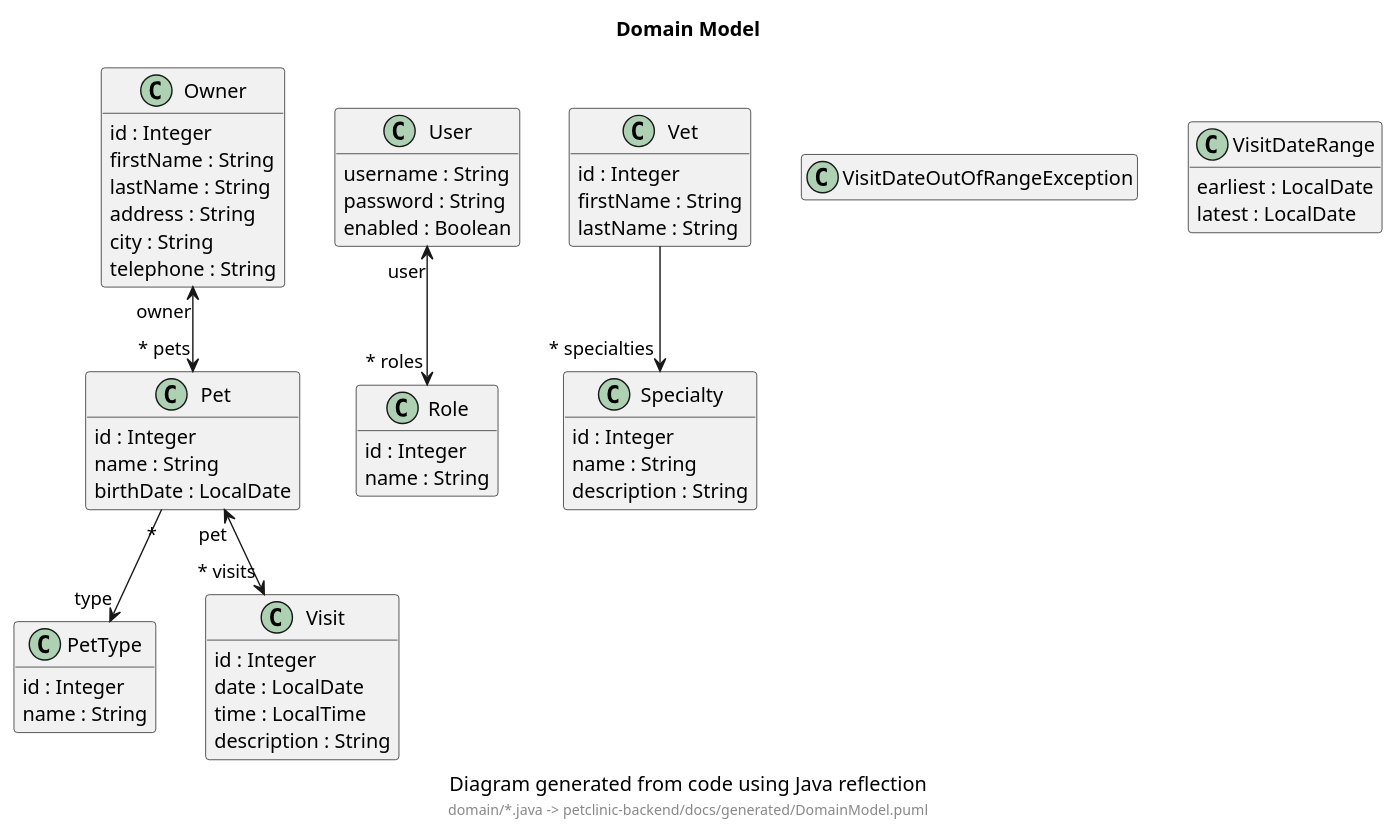
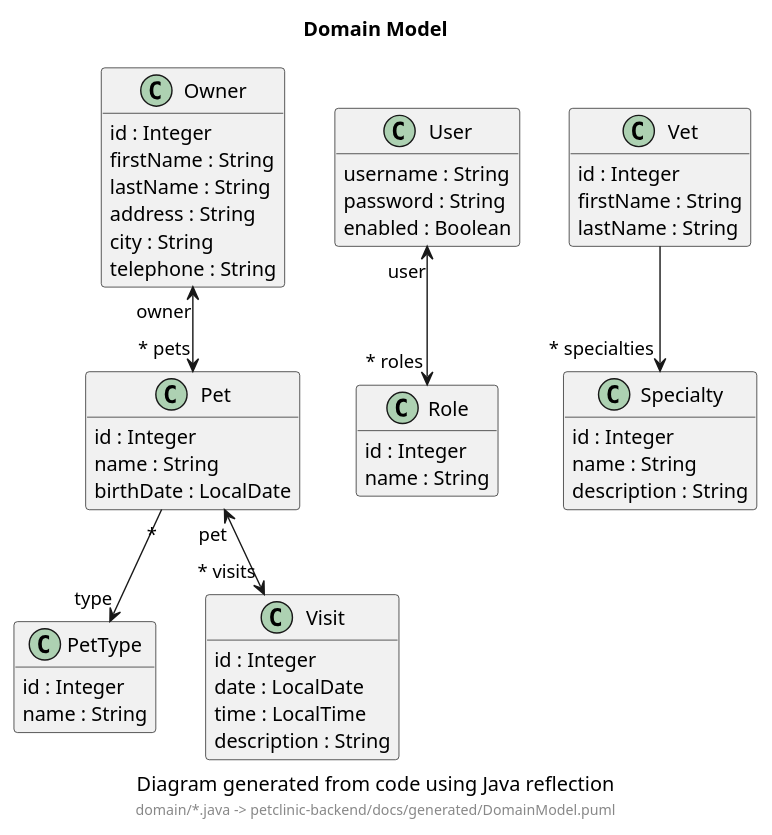
The diagram in petclinic-backend/docs/generated/DomainModel.puml (victorrentea/petclinic), drawn with PlantUML before and after one commit. The commit also changed 2 other files, not shown here.

Commit message:
fix(ci): the domain map draws entities, and paging asserts order not locale
Two reds on 9abfbdd, both environment assumptions rather than code bugs:

ConceptualModelDiagramTest demanded a hand-placed box for every class in
the domain package, so VisitDateRange and VisitDateOutOfRangeException
(a value and an exception — no identity, no table, no association)
failed it. @Entity is now the membership test; the generated
DomainModel.puml loses those two boxes for the same reason.

OwnerPagingTest pinned the server collation by asserting where Śliwiński
lands — en_US.UTF-8 locally, C.UTF-8 on the runner. It now asserts what
the code owns: a paged walk yields the same sequence as one unpaged
query.

```diff
--- a/petclinic-backend/docs/generated/DomainModel.puml
+++ b/petclinic-backend/docs/generated/DomainModel.puml
@@ -1,66 +1,61 @@
 @startuml
 
 title Domain Model
 caption Diagram generated from code using Java reflection
 footer domain/*.java -> petclinic-backend/docs/generated/DomainModel.puml
 
 hide empty members
 skinparam classAttributeIconSize 0
 skinparam hyperlinkUnderline false
 skinparam hyperlinkColor #000000
 
 class Owner [[src://petclinic-backend/src/main/java/victor/training/petclinic/domain/Owner.java:29{Click to open in editor}]] {
   id : Integer
   firstName : String
   lastName : String
   address : String
   city : String
   telephone : String
 }
 class Pet [[src://petclinic-backend/src/main/java/victor/training/petclinic/domain/Pet.java:29{Click to open in editor}]] {
   id : Integer
   name : String
   birthDate : LocalDate
 }
 class PetType [[src://petclinic-backend/src/main/java/victor/training/petclinic/domain/PetType.java:8{Click to open in editor}]] {
   id : Integer
   name : String
 }
 class Role [[src://petclinic-backend/src/main/java/victor/training/petclinic/domain/Role.java:8{Click to open in editor}]] {
   id : Integer
   name : String
 }
 class Specialty [[src://petclinic-backend/src/main/java/victor/training/petclinic/domain/Specialty.java:7{Click to open in editor}]] {
   id : Integer
   name : String
   description : String
 }
 class User [[src://petclinic-backend/src/main/java/victor/training/petclinic/domain/User.java:11{Click to open in editor}]] {
   username : String
   password : String
   enabled : Boolean
 }
 class Vet [[src://petclinic-backend/src/main/java/victor/training/petclinic/domain/Vet.java:11{Click to open in editor}]] {
   id : Integer
   firstName : String
   lastName : String
 }
 class Visit [[src://petclinic-backend/src/main/java/victor/training/petclinic/domain/Visit.java:11{Click to open in editor}]] {
   id : Integer
   date : LocalDate
   time : LocalTime
   description : String
 }
-class VisitDateOutOfRangeException [[src://petclinic-backend/src/main/java/victor/training/petclinic/domain/VisitDateOutOfRangeException.java:15{Click to open in editor}]]
-class VisitDateRange [[src://petclinic-backend/src/main/java/victor/training/petclinic/domain/VisitDateRange.java:12{Click to open in editor}]] {
-  earliest : LocalDate
-  latest : LocalDate
-}
 
 Owner "owner" <--> "~* pets" Pet
 Pet "~*" --> "type" PetType
 Pet "pet" <--> "~* visits" Visit
 User "user" <--> "~* roles" Role
 Vet --> "~* specialties" Specialty
 
 @enduml
```
